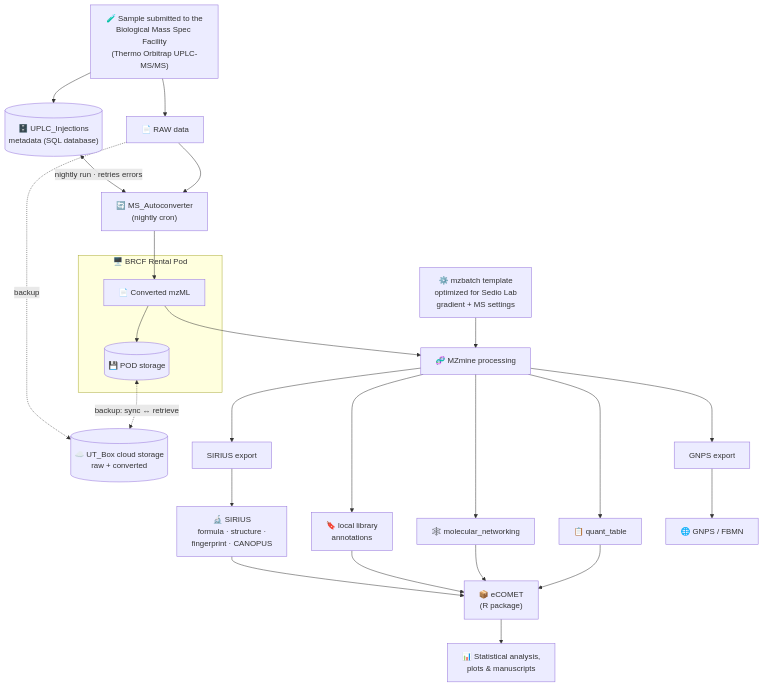
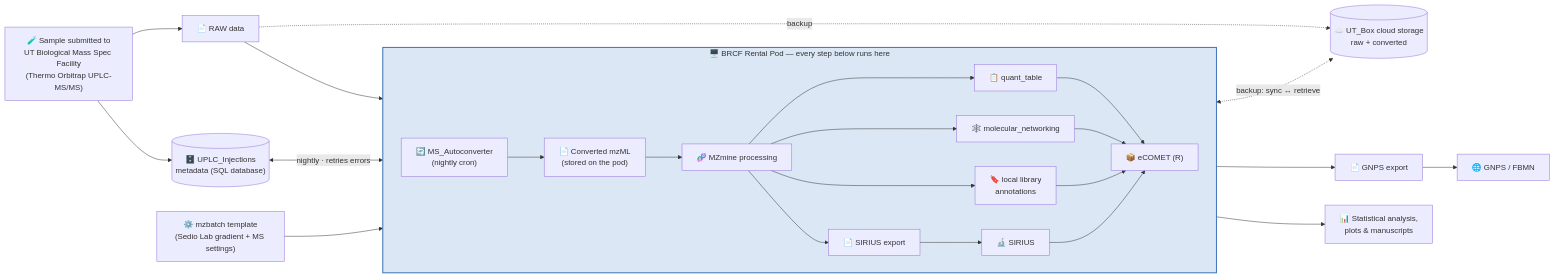
The diagram in README.md (dale-forrister/UT_Metabolomics_Pipeline), drawn with Mermaid before and after one commit.

Commit message:
README diagram: linear LR, shaded 'BRCF Rental Pod' box around all on-pod steps, drop separate POD-storage node (mzML is stored on the pod)

````diff
--- a/README.md
+++ b/README.md
@@ -28,37 +28,41 @@
 ```mermaid
-flowchart TB
-    SAMPLE["🧪 Sample submitted to the<br/>Biological Mass Spec Facility<br/>(Thermo Orbitrap UPLC-MS/MS)"]
+flowchart LR
+    SAMPLE["🧪 Sample submitted to<br/>UT Biological Mass Spec Facility<br/>(Thermo Orbitrap UPLC-MS/MS)"]
     SAMPLE --> RAW["📄 RAW data"]
     SAMPLE --> INJ[("🗄️ UPLC_Injections<br/>metadata (SQL database)")]
+    TPL["⚙️ mzbatch template<br/>(Sedio Lab gradient + MS settings)"]
+    BOX[("☁️ UT_Box cloud storage<br/>raw + converted")]
 
-    RAW --> AUTO["🔄 MS_Autoconverter<br/>(nightly cron)"]
-    INJ <-->|"nightly run · retries errors"| AUTO
-    AUTO --> MZML
+    subgraph POD ["🖥️ BRCF Rental Pod — every step below runs here"]
+        direction LR
+        AUTO["🔄 MS_Autoconverter<br/>(nightly cron)"]
+        MZML["📄 Converted mzML<br/>(stored on the pod)"]
+        MZ["🧬 MZmine processing"]
+        QT["📋 quant_table"]
+        MN["🕸️ molecular_networking"]
+        LIB["🔖 local library<br/>annotations"]
+        SX["📄 SIRIUS export"]
+        SIR["🔬 SIRIUS"]
+        ECO["📦 eCOMET (R)"]
 
-    subgraph PODENV ["🖥️ BRCF Rental Pod"]
-        MZML["📄 Converted mzML"]
-        POD[("💾 POD storage")]
-        MZML --> POD
+        AUTO --> MZML --> MZ
+        MZ --> QT
+        MZ --> MN
+        MZ --> LIB
+        MZ --> SX --> SIR
+        QT --> ECO
+        MN --> ECO
+        LIB --> ECO
+        SIR --> ECO
     end
 
-    BOX[("☁️ UT_Box cloud storage<br/>raw + converted")]
-    POD <-. "backup: sync ↔ retrieve" .-> BOX
+    RAW --> AUTO
+    INJ <-->|"nightly · retries errors"| AUTO
+    TPL --> MZ
+    MZML <-. "backup: sync ↔ retrieve" .-> BOX
     RAW -. backup .-> BOX
+    MZ --> GX["📄 GNPS export"] --> GNPS["🌐 GNPS / FBMN"]
+    ECO --> FINAL["📊 Statistical analysis,<br/>plots & manuscripts"]
 
-    TPL["⚙️ mzbatch template<br/>optimized for Sedio Lab<br/>gradient + MS settings"] --> MZ
-    MZML --> MZ["🧬 MZmine processing"]
-    MZ --> QT["📋 quant_table"]
-    MZ --> MN["🕸️ molecular_networking"]
-    MZ --> GX["GNPS export"]
-    MZ --> SX["SIRIUS export"]
-    MZ --> LIB["🔖 local library<br/>annotations"]
-
-    SX --> SIRIUS["🔬 SIRIUS<br/>formula · structure ·<br/>fingerprint · CANOPUS"]
-    GX --> GNPS["🌐 GNPS / FBMN"]
-
-    QT --> ECO["📦 eCOMET<br/>(R package)"]
-    MN --> ECO
-    LIB --> ECO
-    SIRIUS --> ECO
-    ECO --> FINAL["📊 Statistical analysis,<br/>plots & manuscripts"]
+    style POD fill:#dbe7f5,stroke:#3b6fb5,stroke-width:2px
 ```
````
